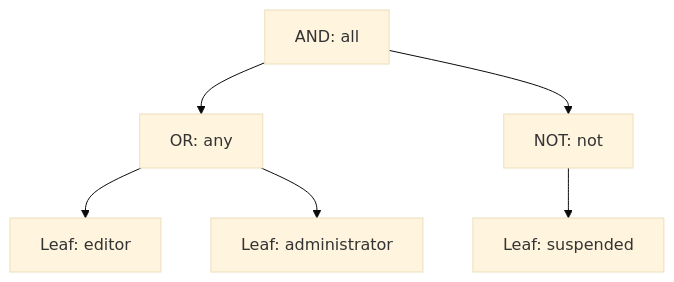
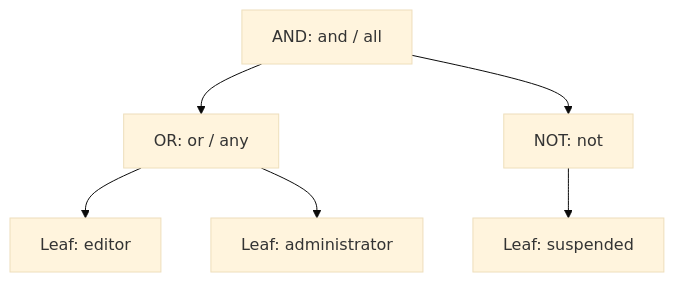
One commit to okikio/utils changed the second of 2 diagrams in docs/query.md. Above: the diagram before and after it, drawn with Mermaid (base theme). The commit also changed other lines of this file and 11 other files, not shown here.

````diff
--- a/docs/query.md
+++ b/docs/query.md
@@ -198,8 +213,8 @@
 ```mermaid
 flowchart TD
-    And["AND: all"] --> Or["OR: any"]
+    And["AND: and / all"] --> Or["OR: or / any"]
     And --> Not["NOT: not"]
     Or --> Editor["Leaf: editor"]
     Or --> Administrator["Leaf: administrator"]
     Not --> Suspended["Leaf: suspended"]
 ```
````
